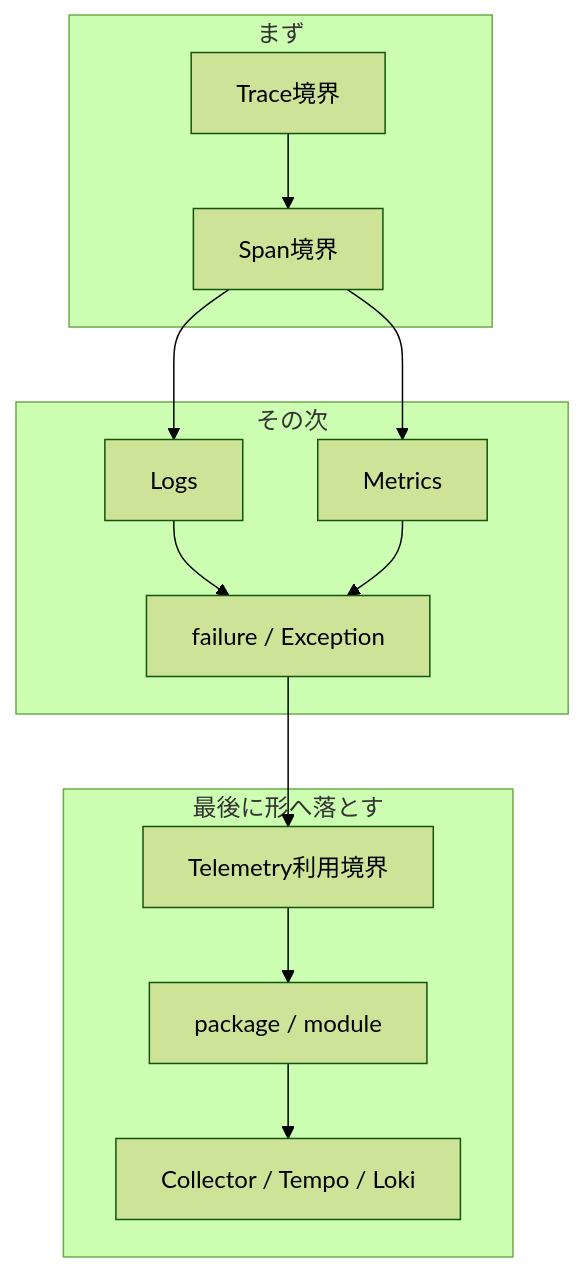
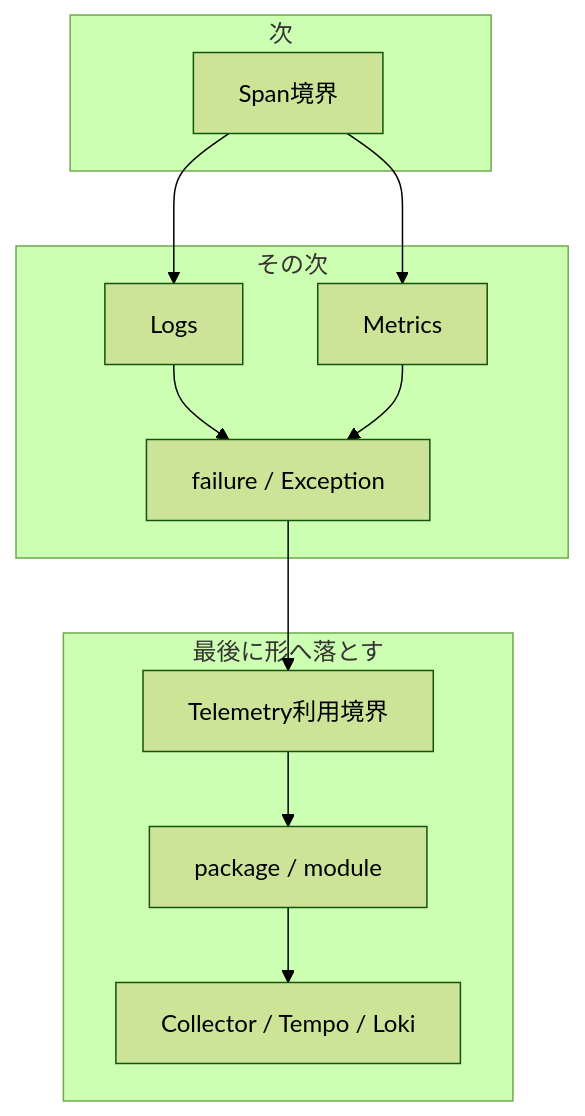
Before and after one commit to takashit16833/Workbench: the seventh of 7 diagrams in Notes/RAGScope/RAGScopeアプリケーション/RS-0023 Observability設計メモ.md, drawn with Mermaid (forest theme). The commit also changed other lines of this file, not shown here.

````diff
--- a/Notes/RAGScope/RAGScopeアプリケーション/RS-0023 Observability設計メモ.md
+++ b/Notes/RAGScope/RAGScopeアプリケーション/RS-0023 Observability設計メモ.md
@@ -113,22 +201,22 @@
 ```mermaid
 flowchart TD
-    subgraph FIRST["まず"]
-        A["Trace境界"] --> B["Span境界"]
+    subgraph FIRST["次"]
+        B["Span境界"]
     end
 
     subgraph NEXT["その次"]
         C["Logs"]
         D["Metrics"]
         E["failure / Exception"]
     end
 
     subgraph LAST["最後に形へ落とす"]
         F["Telemetry利用境界"] --> G["package / module"] --> H["Collector / Tempo / Loki"]
     end
 
     B --> C
     B --> D
     C --> E
     D --> E
     E --> F
 ```
````
